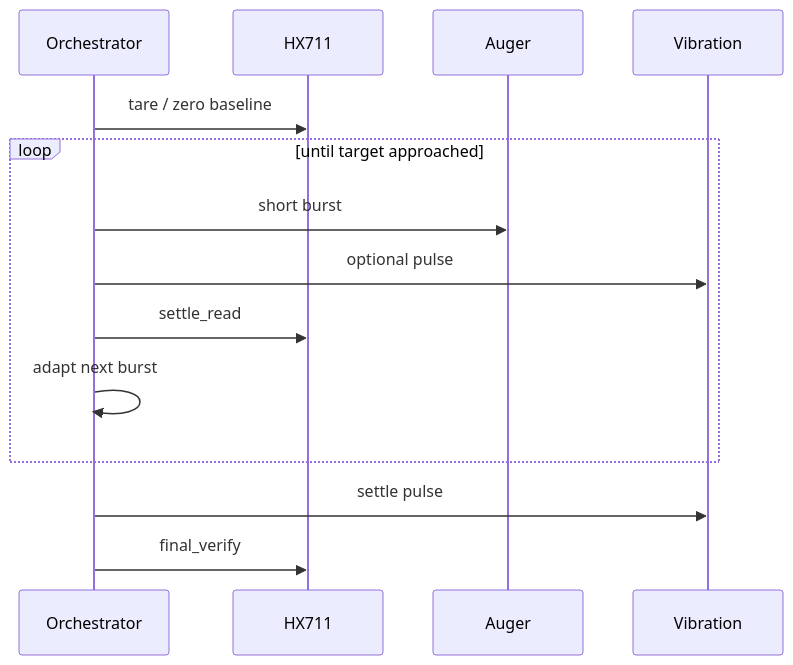
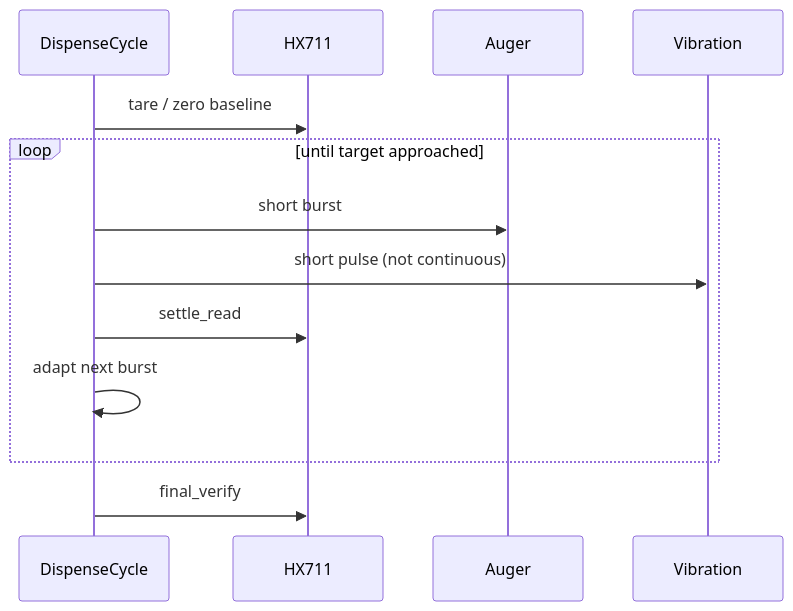
The second of 2 diagrams in docs/SYSTEM_ARCHITECTURE.md (mlwhite0907/DIY-Supplement-Dispenser), drawn with Mermaid before and after one commit. The commit also changed other lines of this file and 54 other files, not shown here.

````diff
--- a/docs/SYSTEM_ARCHITECTURE.md
+++ b/docs/SYSTEM_ARCHITECTURE.md
@@ -114,17 +113,16 @@
 ```mermaid
 sequenceDiagram
-  participant Orch as Orchestrator
+  participant Orch as DispenseCycle
   participant Scale as HX711
   participant Auger as Auger
   participant Vibe as Vibration
 
   Orch->>Scale: tare / zero baseline
   loop until target approached
     Orch->>Auger: short burst
-    Orch->>Vibe: optional pulse
+    Orch->>Vibe: short pulse (not continuous)
     Orch->>Scale: settle_read
     Orch->>Orch: adapt next burst
   end
-  Orch->>Vibe: settle pulse
   Orch->>Scale: final_verify
 ```
````
